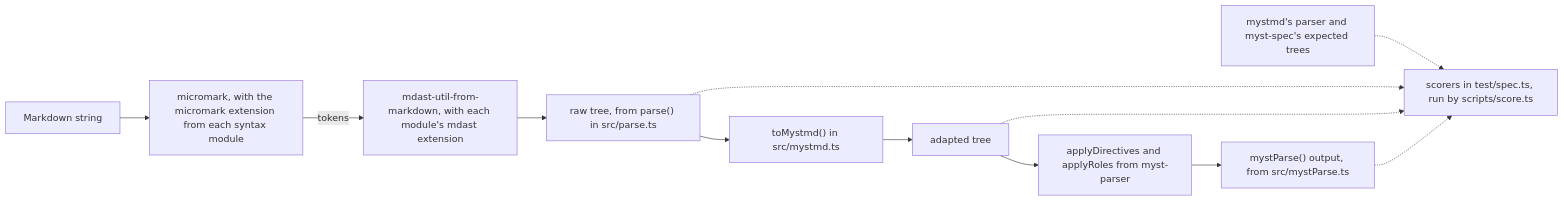
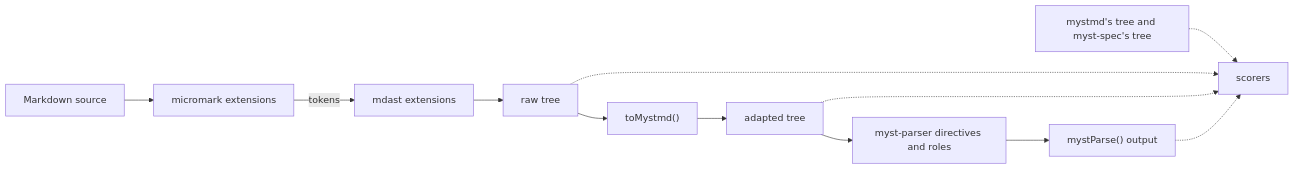
The diagram in docs/how-it-works.md (choldgraf/myst-parser-unified), drawn with Mermaid before and after one commit. The commit also changed other lines of this file and 3 other files, not shown here.

````diff
--- a/docs/how-it-works.md
+++ b/docs/how-it-works.md
@@ -6,14 +6,14 @@
 ```{mermaid}
 flowchart LR
-  src["Markdown string"] --> syntax["micromark, with the micromark extension from each syntax module"]
-  syntax -->|tokens| from["mdast-util-from-markdown, with each module's mdast extension"]
-  from --> raw["raw tree, from parse() in src/parse.ts"]
-  raw --> adapt["toMystmd() in src/mystmd.ts"]
+  src["Markdown source"] --> syntax["micromark extensions"]
+  syntax -->|tokens| from["mdast extensions"]
+  from --> raw["raw tree"]
+  raw --> adapt["toMystmd()"]
   adapt --> adapted["adapted tree"]
-  adapted --> apply["applyDirectives and applyRoles from myst-parser"]
-  apply --> out["mystParse() output, from src/mystParse.ts"]
-  ref["mystmd's parser and myst-spec's expected trees"] -.-> score["scorers in test/spec.ts, run by scripts/score.ts"]
+  adapted --> apply["myst-parser directives and roles"]
+  apply --> out["mystParse() output"]
+  ref["mystmd's tree and myst-spec's tree"] -.-> score["scorers"]
   raw -.-> score
   adapted -.-> score
   out -.-> score
 ```
````
